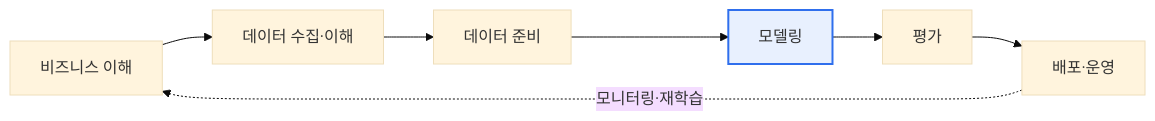
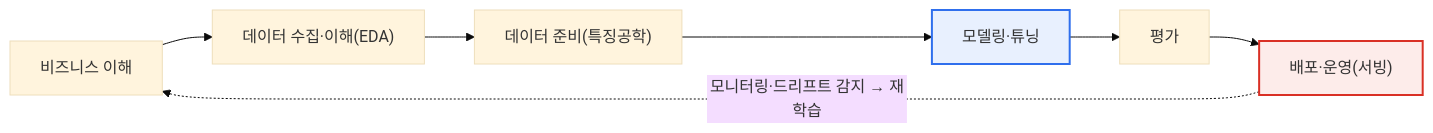
Before and after one commit to coninggu/wjdqhrhksflrltnftk: the first of 2 diagrams in content/dsml-mlops.md, drawn with Mermaid (base theme). The commit also changed other lines of this file and 3 other files, not shown here.

````diff
--- a/content/dsml-mlops.md
+++ b/content/dsml-mlops.md
@@ -15,6 +24,7 @@
 ```mermaid
 flowchart LR
-  B[비즈니스 이해] --> D[데이터 수집·이해] --> P[데이터 준비] --> M[모델링] --> E[평가] --> De[배포·운영]
-  De -. 모니터링·재학습 .-> B
+  B["비즈니스 이해"] --> D["데이터 수집·이해(EDA)"] --> P["데이터 준비(특징공학)"] --> M["모델링·튜닝"] --> E["평가"] --> De["배포·운영(서빙)"]
+  De -. "모니터링·드리프트 감지 → 재학습" .-> B
   style M fill:#e8f0fe,stroke:#2f6fed,stroke-width:2px
+  style De fill:#fdecea,stroke:#d93025,stroke-width:2px
 ```
````
